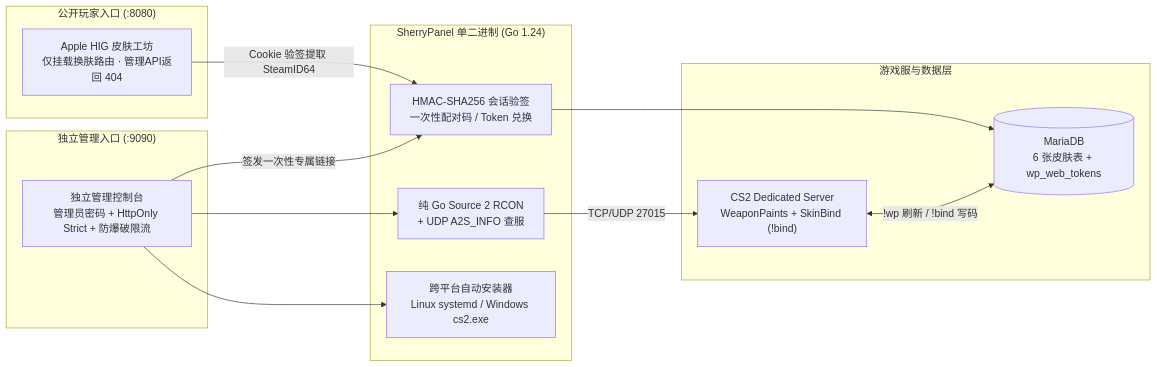
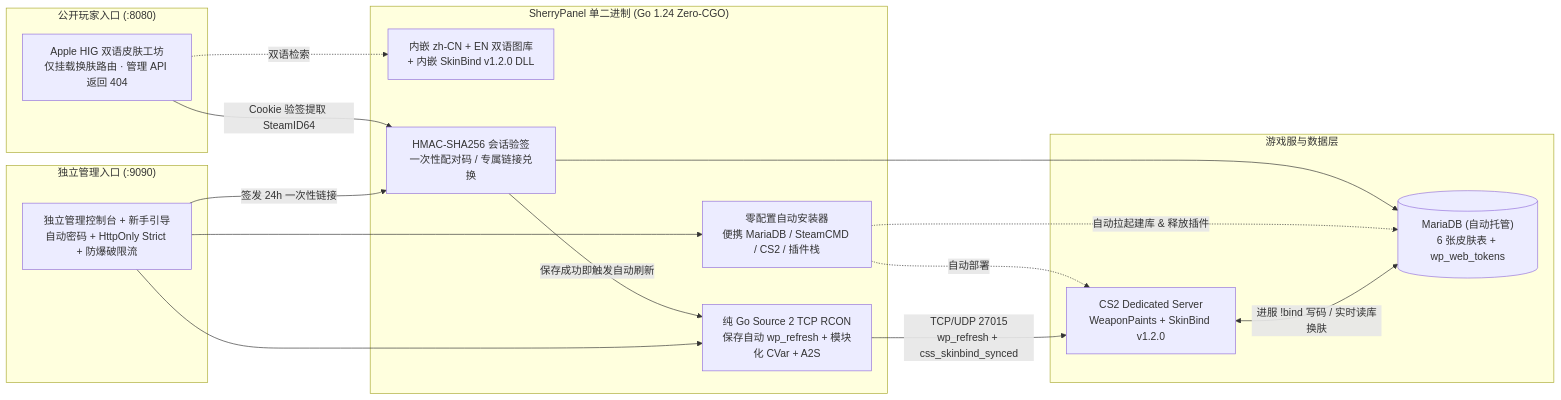
One commit to wzwz5200/SherryPanel changed the diagram in README.md. Above: the diagram before and after it, drawn with Mermaid. The commit also changed other lines of this file and 5 other files, not shown here.

Commit message:
docs: rewrite README and refresh v1.3.0 screenshots (zero-!wp auto-refresh, onboarding wizard, modular CVars, bilingual catalog)

````diff
--- a/README.md
+++ b/README.md
@@ -103,29 +115,34 @@
 ```mermaid
 flowchart LR
     subgraph Public["公开玩家入口 (:8080)"]
-        PWeb["Apple HIG 皮肤工坊<br/>仅挂载换肤路由 · 管理API返回 404"]
+        PWeb["Apple HIG 双语皮肤工坊<br/>仅挂载换肤路由 · 管理 API 返回 404"]
     end
 
     subgraph Isolated["独立管理入口 (:9090)"]
-        AWeb["独立管理控制台<br/>管理员密码 + HttpOnly Strict + 防爆破限流"]
+        AWeb["独立管理控制台 + 新手引导<br/>自动密码 + HttpOnly Strict + 防爆破限流"]
     end
 
-    subgraph Core["SherryPanel 单二进制 (Go 1.24)"]
-        Auth["HMAC-SHA256 会话验签<br/>一次性配对码 / Token 兑换"]
-        RCON["纯 Go Source 2 RCON<br/>+ UDP A2S_INFO 查服"]
-        Inst["跨平台自动安装器<br/>Linux systemd / Windows cs2.exe"]
+    subgraph Core["SherryPanel 单二进制 (Go 1.24 Zero-CGO)"]
+        Cat["内嵌 zh-CN + EN 双语图库<br/>+ 内嵌 SkinBind v1.2.0 DLL"]
+        Auth["HMAC-SHA256 会话验签<br/>一次性配对码 / 专属链接兑换"]
+        RCON["纯 Go Source 2 TCP RCON<br/>保存自动 wp_refresh + 模块化 CVar + A2S"]
+        Inst["零配置自动安装器<br/>便携 MariaDB / SteamCMD / CS2 / 插件栈"]
     end
 
     subgraph Infra["游戏服与数据层"]
-        DB[("MariaDB<br/>6 张皮肤表 + wp_web_tokens")]
-        CS2["CS2 Dedicated Server<br/>WeaponPaints + SkinBind (!bind)"]
+        DB[("MariaDB (自动托管)<br/>6 张皮肤表 + wp_web_tokens")]
+        CS2["CS2 Dedicated Server<br/>WeaponPaints + SkinBind v1.2.0"]
     end
 
     PWeb -->|"Cookie 验签提取 SteamID64"| Auth
+    PWeb -.->|"双语检索"| Cat
     Auth --> DB
+    Auth -->|"保存成功即触发自动刷新"| RCON
     AWeb --> RCON
     AWeb --> Inst
-    AWeb -->|"签发一次性专属链接"| Auth
-    RCON -->|"TCP/UDP 27015"| CS2
-    CS2 <-->|"!wp 刷新 / !bind 写码"| DB
+    AWeb -->|"签发 24h 一次性链接"| Auth
+    Inst -.->|"自动拉起建库 & 释放插件"| DB
+    Inst -.->|"自动部署"| CS2
+    RCON -->|"TCP/UDP 27015<br/>wp_refresh + css_skinbind_synced"| CS2
+    CS2 <-->|"进服 !bind 写码 / 实时读库换肤"| DB
 ```
````
